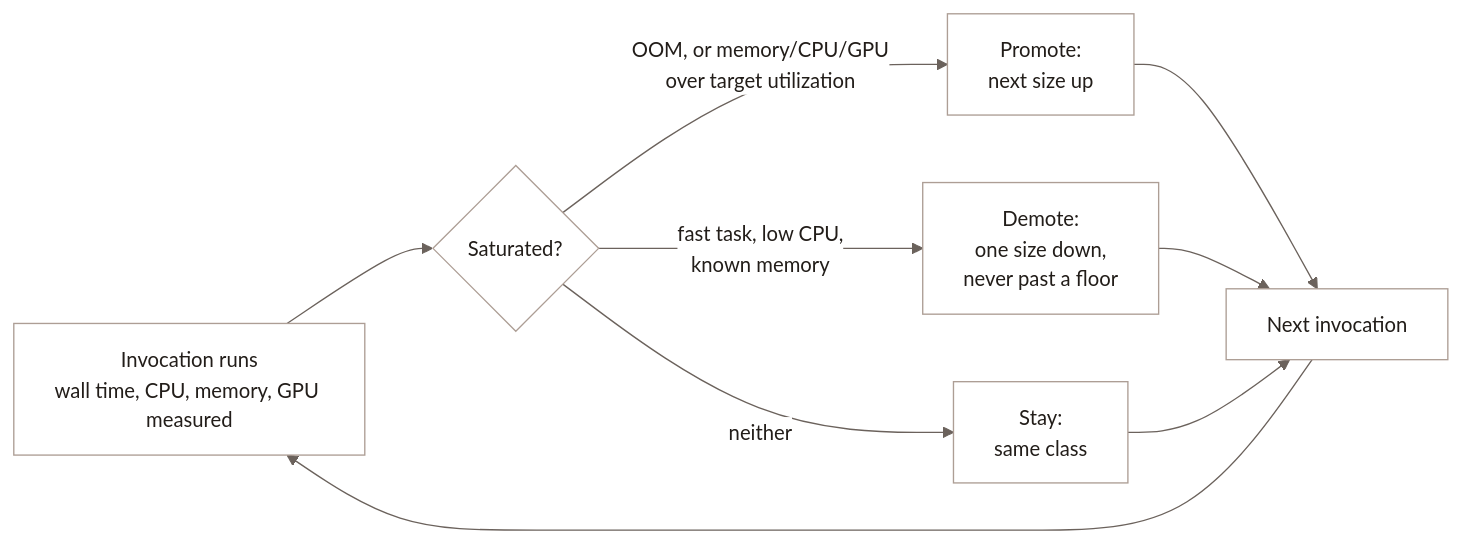
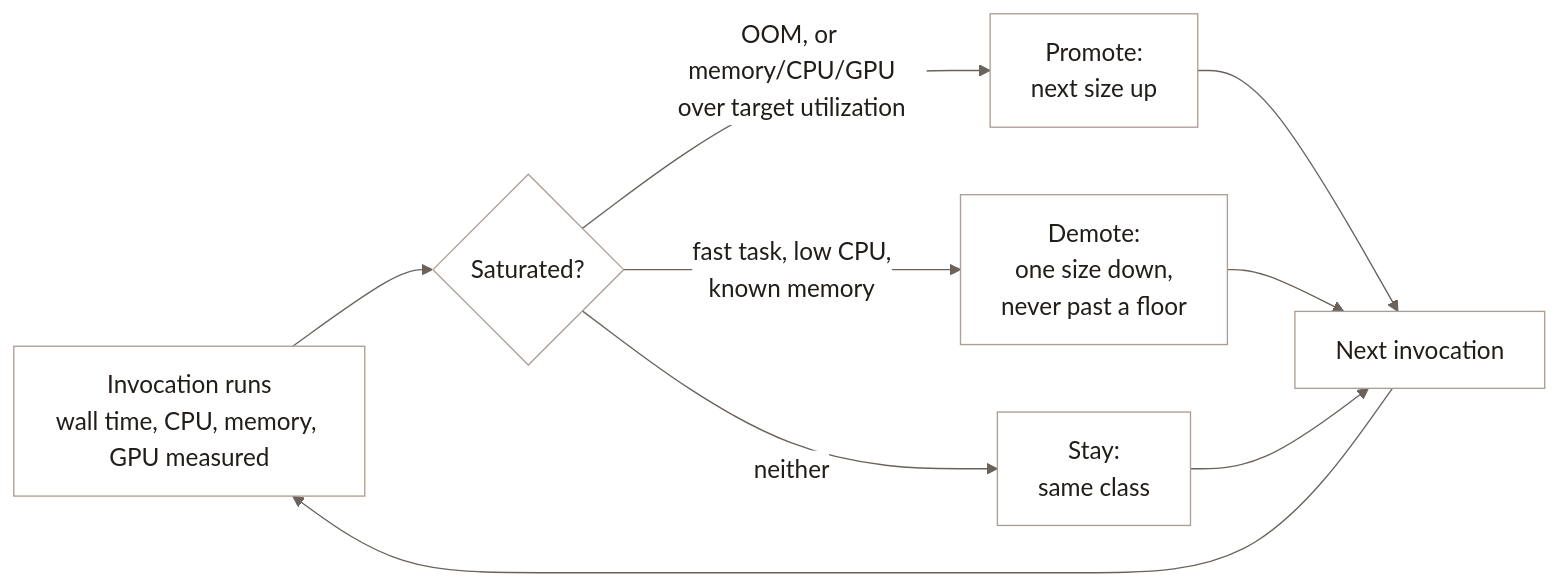
One commit to lancedb/lancedb changed the second of 2 diagrams in docs/web/enterprise/adaptive-execution.mdx. Above: the diagram before and after it, drawn with Mermaid. The commit also changed other lines of this file and 18 other files, not shown here.

First line of the commit message:
style: increase Mermaid diagram font size and tone down dark-mode accent borders

````diff
--- a/docs/web/enterprise/adaptive-execution.mdx
+++ b/docs/web/enterprise/adaptive-execution.mdx
@@ -65,17 +65,17 @@
 ```mermaid
 %%{init: {"theme": "base", "themeVariables": {
   "background": "#ffffff", "primaryColor": "#ffffff", "primaryTextColor": "#221d19",
   "primaryBorderColor": "#ad9e95", "lineColor": "#6b625c", "textColor": "#221d19",
-  "edgeLabelBackground": "#ffffff", "fontFamily": "Inter, sans-serif", "fontSize": "15px"
+  "edgeLabelBackground": "#ffffff", "fontFamily": "Inter, sans-serif", "fontSize": "18px"
 }}}%%
 flowchart LR
     I["Invocation runs<br/>wall time, CPU, memory, GPU measured"] --> D{"Saturated?"}
     D -->|"OOM, or memory/CPU/GPU<br/>over target utilization"| P["Promote:<br/>next size up"]
     D -->|"fast task, low CPU,<br/>known memory"| Dm["Demote:<br/>one size down,<br/>never past a floor"]
     D -->|neither| S["Stay:<br/>same class"]
     P --> N["Next invocation"]
     Dm --> N
     S --> N
     N --> I
     classDef default fill:#ffffff,stroke:#ad9e95,stroke-width:1px,color:#221d19
 ```
````
